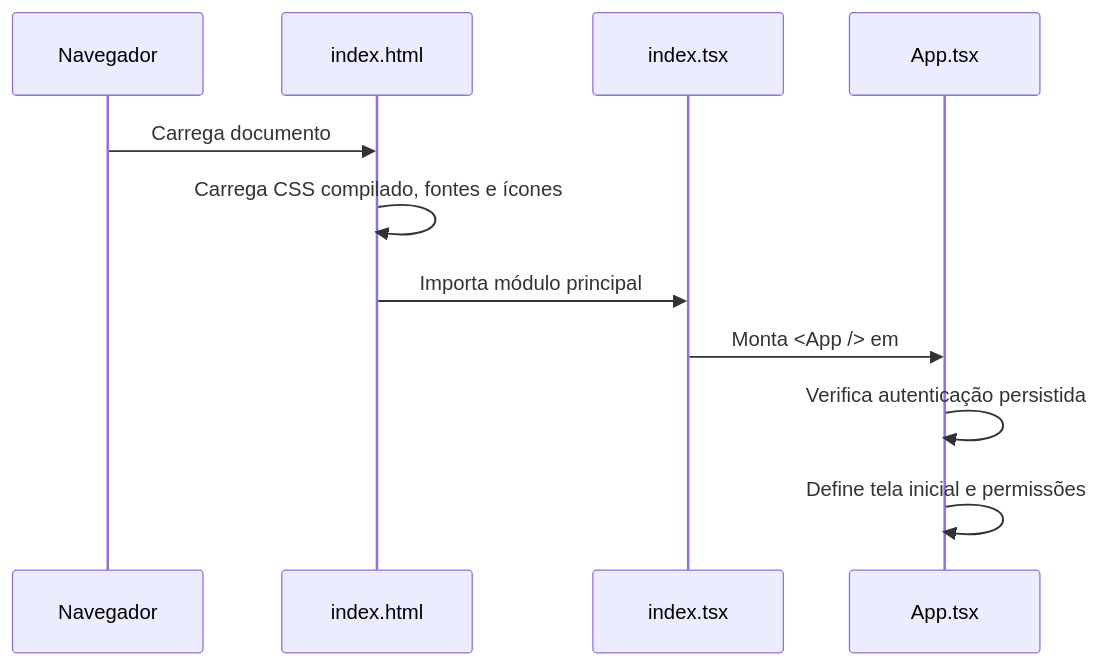
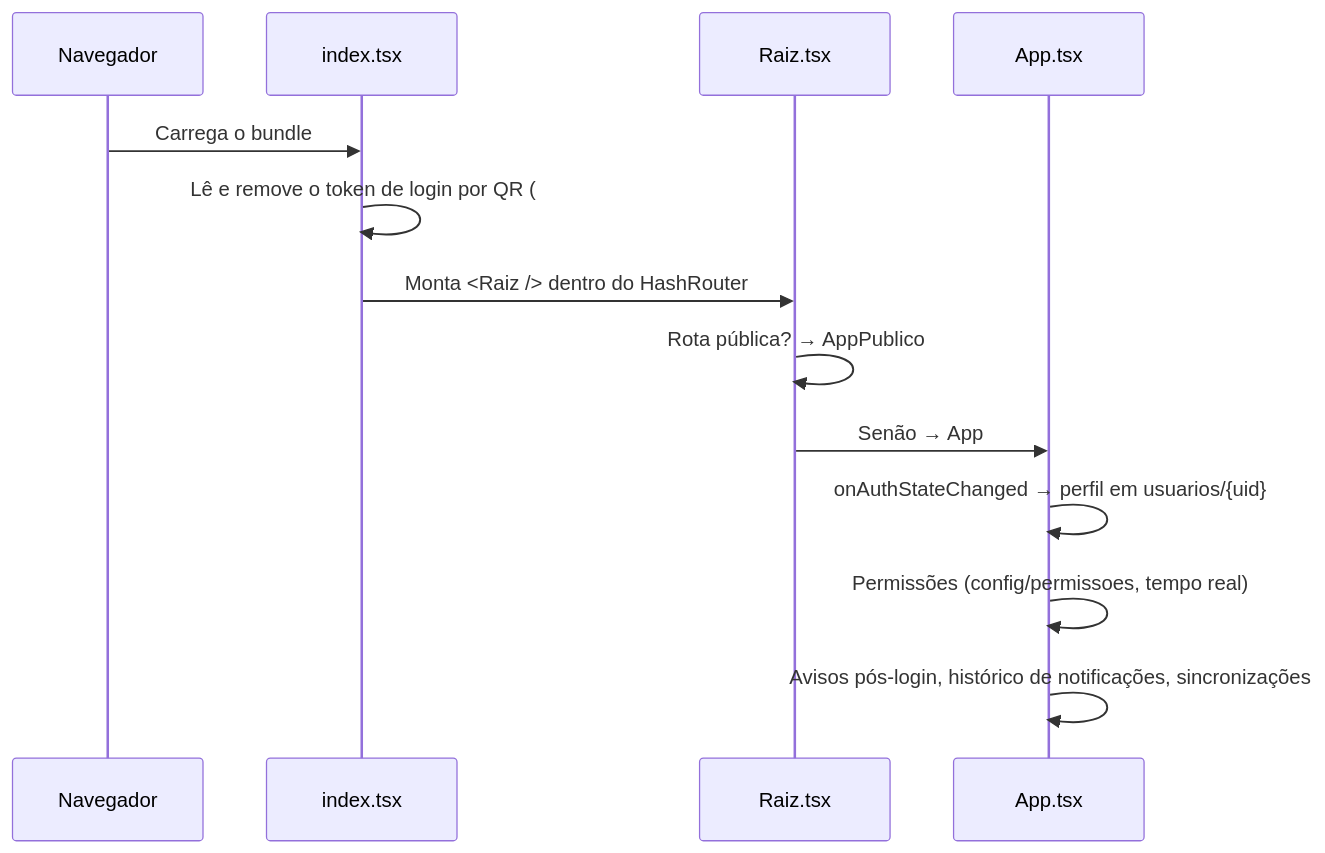
One commit to Mauriston/DoencasEPareceresJRS changed the second of 4 diagrams in docs/architecture.md. Above: the diagram before and after it, drawn with Mermaid. The commit also changed other lines of this file and 4 other files, not shown here.

````diff
--- a/docs/architecture.md
+++ b/docs/architecture.md
@@ -180,14 +187,16 @@
 ```mermaid
 sequenceDiagram
     participant B as Navegador
-    participant H as index.html
     participant I as index.tsx
+    participant R as Raiz.tsx
     participant A as App.tsx
 
-    B->>H: Carrega documento
-    H->>H: Carrega CSS compilado, fontes e ícones
-    H->>I: Importa módulo principal
-    I->>A: Monta <App /> em #root
-    A->>A: Verifica autenticação persistida
-    A->>A: Define tela inicial e permissões
+    B->>I: Carrega o bundle
+    I->>I: Lê e remove o token de login por QR (#h=…)
+    I->>R: Monta <Raiz /> dentro do HashRouter
+    R->>R: Rota pública? → AppPublico
+    R->>A: Senão → App
+    A->>A: onAuthStateChanged → perfil em usuarios/{uid}
+    A->>A: Permissões (config/permissoes, tempo real)
+    A->>A: Avisos pós-login, histórico de notificações, sincronizações
 ```
````
